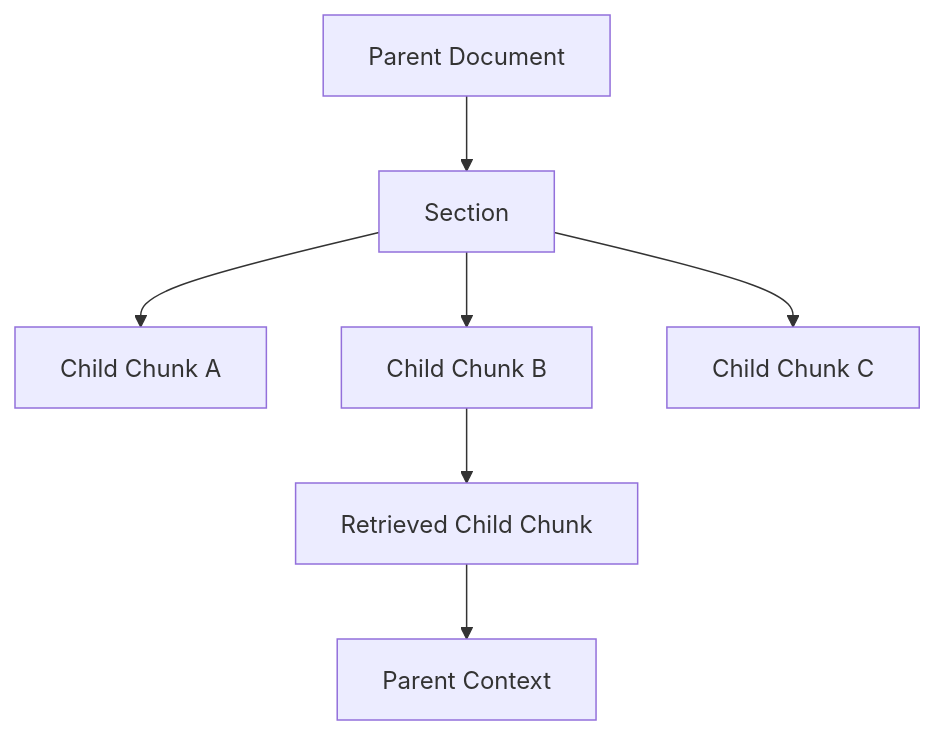
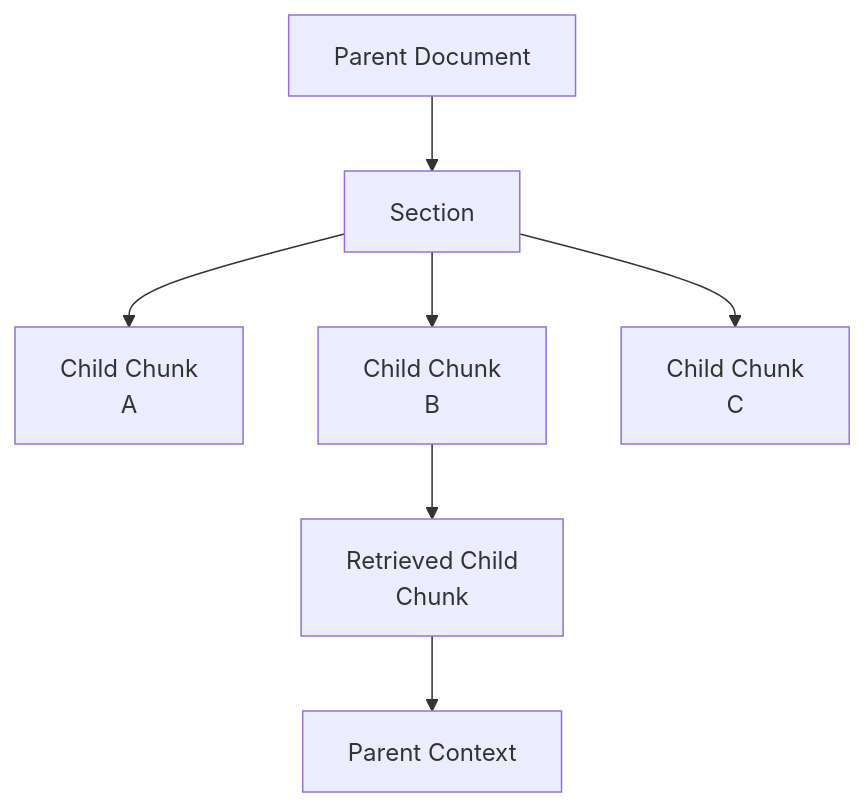
Before and after one commit to MihirKJha/enterprise-ai-blog: the third of 4 diagrams in docs/architecture-insights/genai-and-rag/2.4-structuring-metadata-and-document-aware-retrieval.md, drawn with Mermaid. The commit also changed other lines of this file, not shown here.

````diff
--- a/docs/architecture-insights/genai-and-rag/2.4-structuring-metadata-and-document-aware-retrieval.md
+++ b/docs/architecture-insights/genai-and-rag/2.4-structuring-metadata-and-document-aware-retrieval.md
@@ -382,17 +382,17 @@
 ```mermaid
 graph TD
     A[Parent Document]
     B[Section]
-    C[Child Chunk A]
-    D[Child Chunk B]
-    E[Child Chunk C]
-    F[Retrieved Child Chunk]
+    C[Child Chunk<br/>A]
+    D[Child Chunk<br/>B]
+    E[Child Chunk<br/>C]
+    F[Retrieved Child<br/>Chunk]
     G[Parent Context]
 
     A --> B
     B --> C
     B --> D
     B --> E
     D --> F
     F --> G
 ```
````
